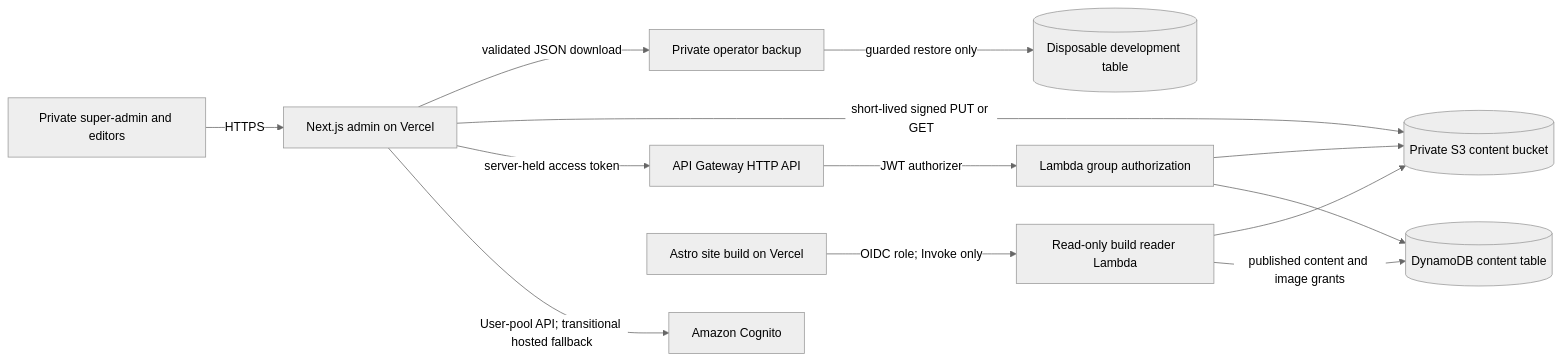
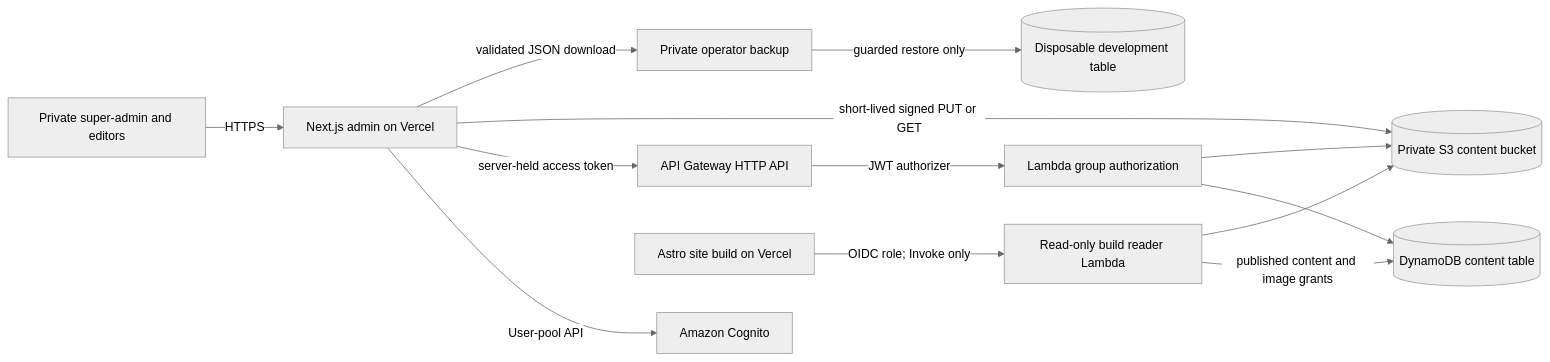
One commit to boversauros/admintonibover changed the diagram in docs/architecture.md. Above: the diagram before and after it, drawn with Mermaid (neutral theme). The commit also changed other lines of this file and 25 other files, not shown here.

First line of the commit message:
Remove the transitional Cognito hosted-UI OAuth fallback

````diff
--- a/docs/architecture.md
+++ b/docs/architecture.md
@@ -10,15 +10,15 @@
 ```mermaid
 flowchart LR
   A[Private super-admin and editors] -->|HTTPS| N[Next.js admin on Vercel]
-  N -->|User-pool API; transitional hosted fallback| C[Amazon Cognito]
+  N -->|User-pool API| C[Amazon Cognito]
   N -->|server-held access token| G[API Gateway HTTP API]
   G -->|JWT authorizer| L[Lambda group authorization]
   L --> D[(DynamoDB content table)]
   L --> S[(Private S3 content bucket)]
   N -->|short-lived signed PUT or GET| S
   N -->|validated JSON download| B[Private operator backup]
   B -->|guarded restore only| R[(Disposable development table)]
   V[Astro site build on Vercel] -->|OIDC role; Invoke only| RL[Read-only build reader Lambda]
   RL -->|published content and image grants| D
   RL --> S
 ```
````
